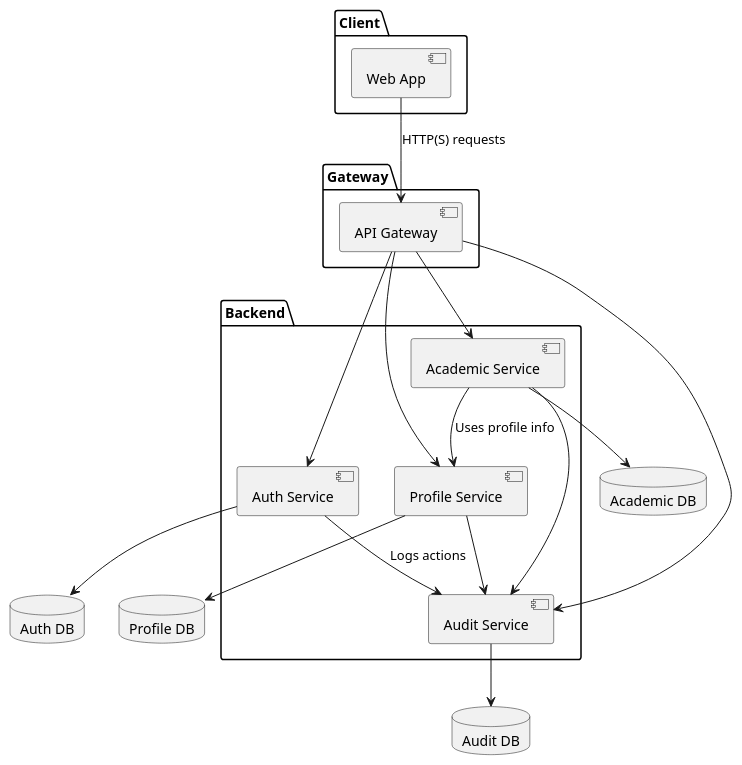
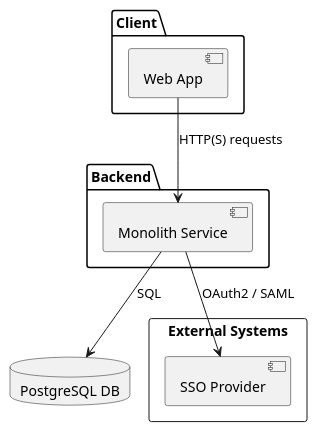
One commit to Meldy183/FacultyAllocationHelper changed the diagram in docs/architecture/static-view/StaticView.puml. Above: the diagram before and after it, drawn with PlantUML.

```diff
--- a/docs/architecture/static-view/StaticView.puml
+++ b/docs/architecture/static-view/StaticView.puml
@@ -1,38 +1,19 @@
 @startuml
 package "Client" {
   [Web App]
 }
 
-package "Gateway" {
-  [API Gateway]
+package "Backend" {
+  [Monolith Service]
 }
 
-package "Backend" {
-  [Auth Service]
-  [Profile Service]
-  [Academic Service]
-  [Audit Service]
+database "PostgreSQL DB" as DB
+
+rectangle "External Systems" {
+  [SSO Provider]
 }
 
-database "Auth DB" as DB1
-database "Profile DB" as DB2
-database "Academic DB" as DB3
-database "Audit DB" as DB4
-
-[Web App] --> [API Gateway] : HTTP(S) requests
-[API Gateway] --> [Auth Service]
-[API Gateway] --> [Profile Service]
-[API Gateway] --> [Academic Service]
-[API Gateway] --> [Audit Service]
-
-[Auth Service] --> DB1
-[Profile Service] --> DB2
-[Academic Service] --> DB3
-[Audit Service] --> DB4
-
-[Auth Service] --> [Audit Service] : Logs actions
-[Profile Service] --> [Audit Service]
-[Academic Service] --> [Audit Service]
-
-[Academic Service] --> [Profile Service] : Uses profile info
+[Web App] --> [Monolith Service] : HTTP(S) requests
+[Monolith Service] --> DB             : SQL
+[Monolith Service] --> [SSO Provider] : OAuth2 / SAML
 @enduml
```
